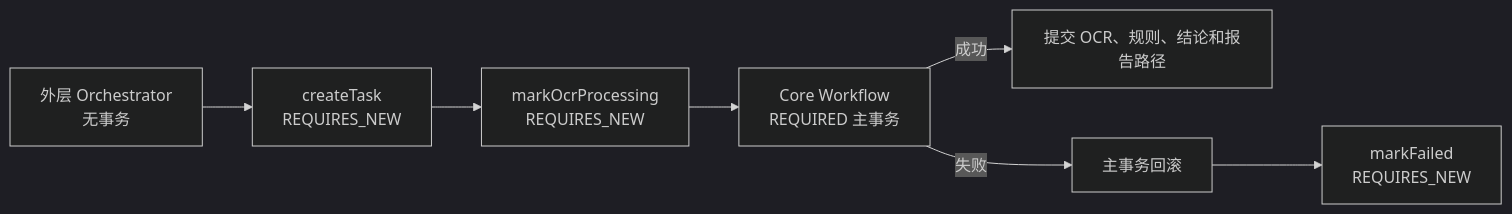
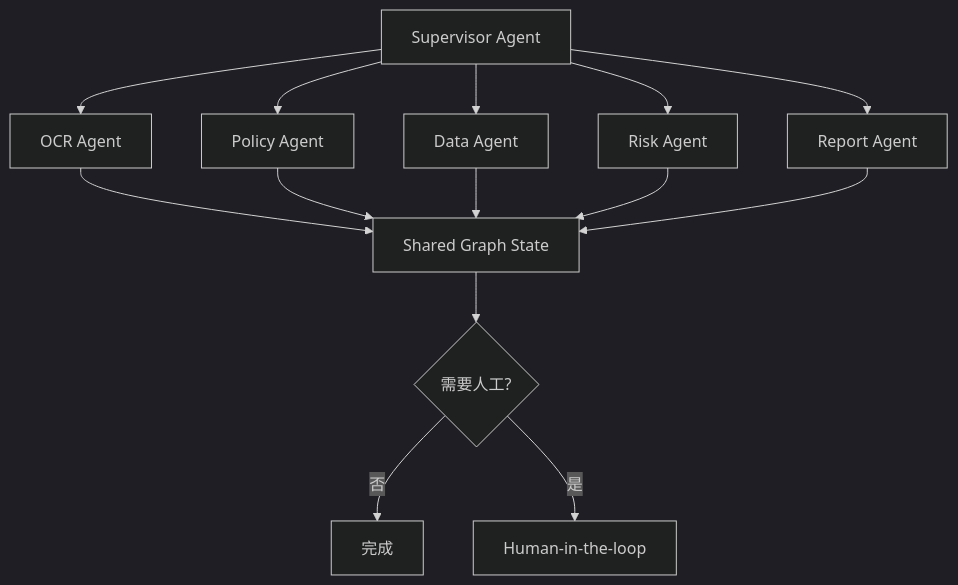
The fifth of 5 diagrams in README.md (Chuan1130/invoice-agent-system), drawn with Mermaid (dark theme) before and after one commit. The commit also changed other lines of this file, not shown here.

Commit message:
docs: visualize supervisor agent runtime and progress

````diff
--- a/README.md
+++ b/README.md
@@ -168,9 +585,19 @@
 ```mermaid
-flowchart LR
-    A[外层 Orchestrator<br/>无事务] --> B[createTask<br/>REQUIRES_NEW]
-    B --> C[markOcrProcessing<br/>REQUIRES_NEW]
-    C --> D[Core Workflow<br/>REQUIRED 主事务]
-    D -->|成功| E[提交 OCR、规则、结论和报告路径]
-    D -->|失败| F[主事务回滚]
-    F --> G[markFailed<br/>REQUIRES_NEW]
+flowchart TD
+    S[Supervisor Agent]
+    S --> O[OCR Agent]
+    S --> P[Policy Agent]
+    S --> D[Data Agent]
+    S --> R[Risk Agent]
+    S --> G[Report Agent]
+
+    O --> STATE[Shared Graph State]
+    P --> STATE
+    D --> STATE
+    R --> STATE
+    G --> STATE
+
+    STATE --> H{需要人工?}
+    H -->|否| DONE[完成]
+    H -->|是| HUMAN[Human-in-the-loop]
 ```
````
